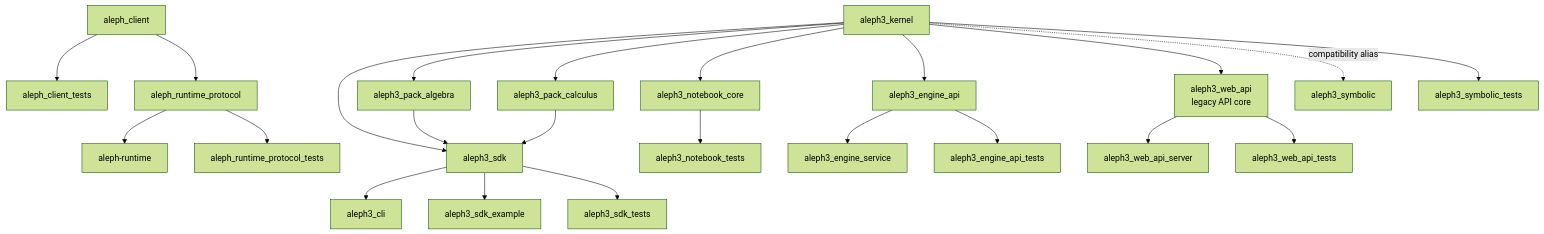
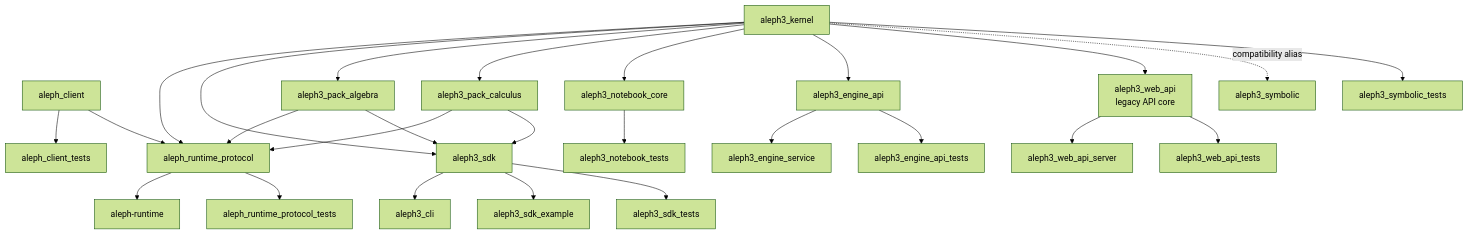
One commit to sergiorf/aleph3 changed the ninth of 10 diagrams in docs/architecture.md. Above: the diagram before and after it, drawn with Mermaid (forest theme). The commit also changed other lines of this file and 1 other file, not shown here.

Commit message:
Update architecture doc

````diff
--- a/docs/architecture.md
+++ b/docs/architecture.md
@@ -392,25 +393,28 @@
 ```mermaid
 flowchart TD
     AlephClient["aleph_client"] --> AlephClientTests["aleph_client_tests"]
     AlephClient --> RuntimeProtocol["aleph_runtime_protocol"]
     RuntimeProtocol --> RuntimeExe["aleph-runtime"]
     RuntimeProtocol --> RuntimeTests["aleph_runtime_protocol_tests"]
+    Kernel --> RuntimeProtocol
+    Algebra --> RuntimeProtocol
+    Calculus --> RuntimeProtocol
     Kernel["aleph3_kernel"] --> SDK["aleph3_sdk"]
     Kernel --> Algebra["aleph3_pack_algebra"]
     Kernel --> Calculus["aleph3_pack_calculus"]
     Kernel --> NotebookCore["aleph3_notebook_core"]
     Kernel --> EngineApi["aleph3_engine_api"]
     Kernel --> WebApi["aleph3_web_api<br/>legacy API core"]
     Kernel -. compatibility alias .-> Symbolic["aleph3_symbolic"]
     Algebra --> SDK
     Calculus --> SDK
     SDK --> CLI["aleph3_cli"]
     SDK --> Example["aleph3_sdk_example"]
     EngineApi --> EngineSvc["aleph3_engine_service"]
     WebApi --> WebApiServer["aleph3_web_api_server"]
     Kernel --> KernelTests["aleph3_symbolic_tests"]
     NotebookCore --> NotebookTests["aleph3_notebook_tests"]
     EngineApi --> EngineTests["aleph3_engine_api_tests"]
     WebApi --> WebTests["aleph3_web_api_tests"]
     SDK --> SDKTests["aleph3_sdk_tests"]
 ```
````
